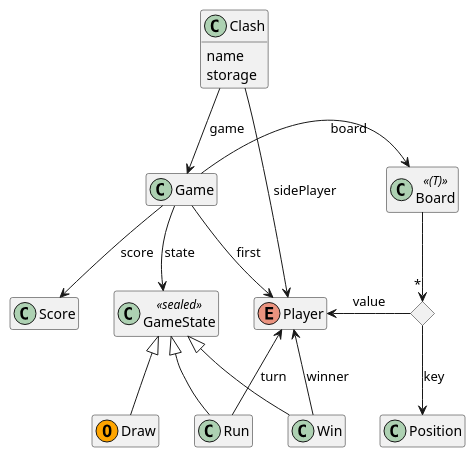
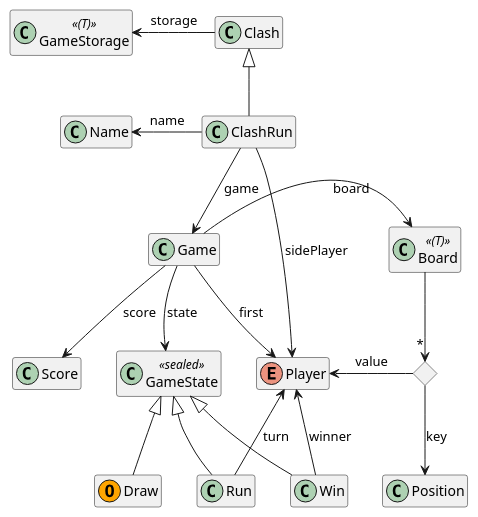
The diagram in Galo/src/ModelTypes.puml (isel-leic-tds/2526i.31d), drawn with PlantUML before and after one commit. The commit also changed 4 other files, not shown here.

```diff
--- a/Galo/src/ModelTypes.puml
+++ b/Galo/src/ModelTypes.puml
@@ -1,39 +1,36 @@
 @startuml
 'https://plantuml.com/class-diagram
 
 hide empty members
 
-class Game {
-}
 enum Player
 
 Game --> Player : first
 Game -> Board : board
 
 class Board <<(T)>>
 <> MapEntry
 Board --> "*" MapEntry
 Player <- MapEntry : value
 MapEntry --> Position : key
 
 class GameState <<sealed>>
 Game --> GameState : state
 GameState <|-- Draw
 GameState <|-- Run
 GameState <|-- Win
 
 class Draw <<(O,orange)>>
 Player <-- Run : turn
 Player <-- Win : winner
 
 Game --> Score : score
 
-Clash --> Game : game
-class Clash {
-  name
-  storage
-}
-Clash --> Player : sidePlayer
+ClashRun --> Game : game
+ClashRun --> Player : sidePlayer
+Name <- ClashRun : name
 
-
+Clash <|-- ClashRun
+GameStorage <- Clash : storage
+class GameStorage <<(T)>>
 @enduml
```
